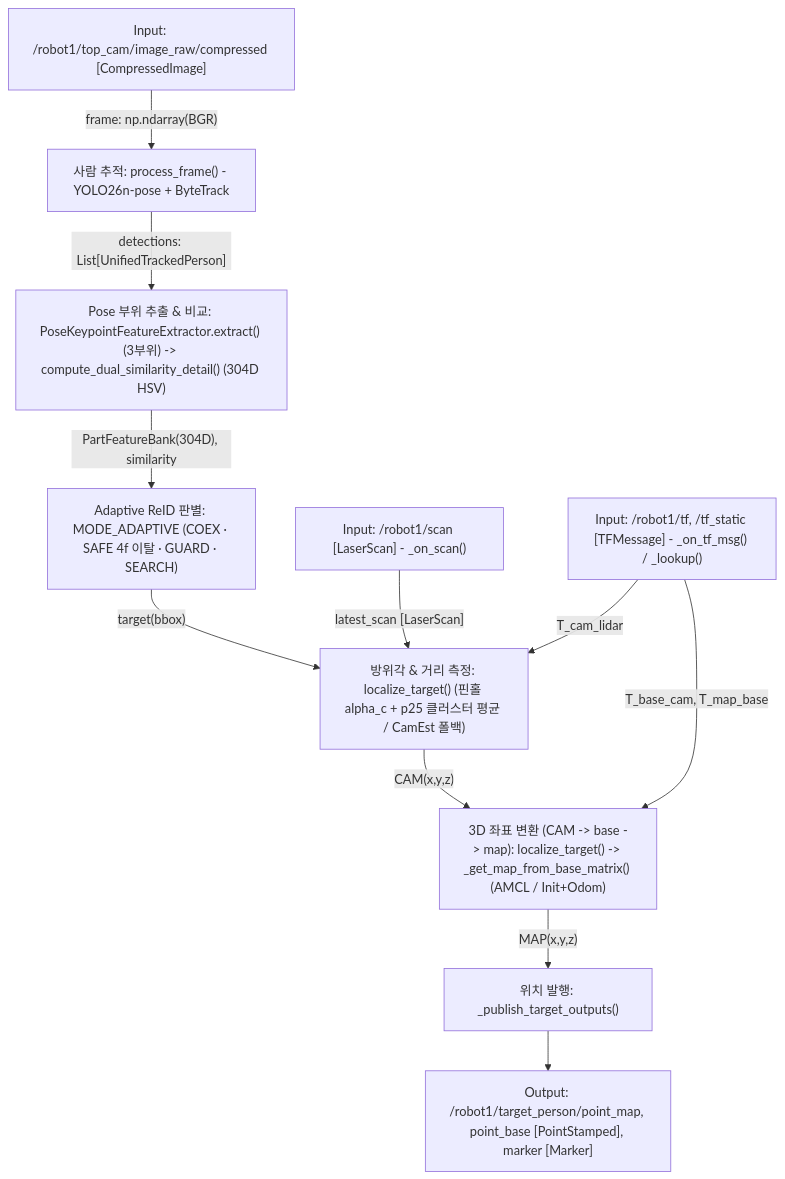
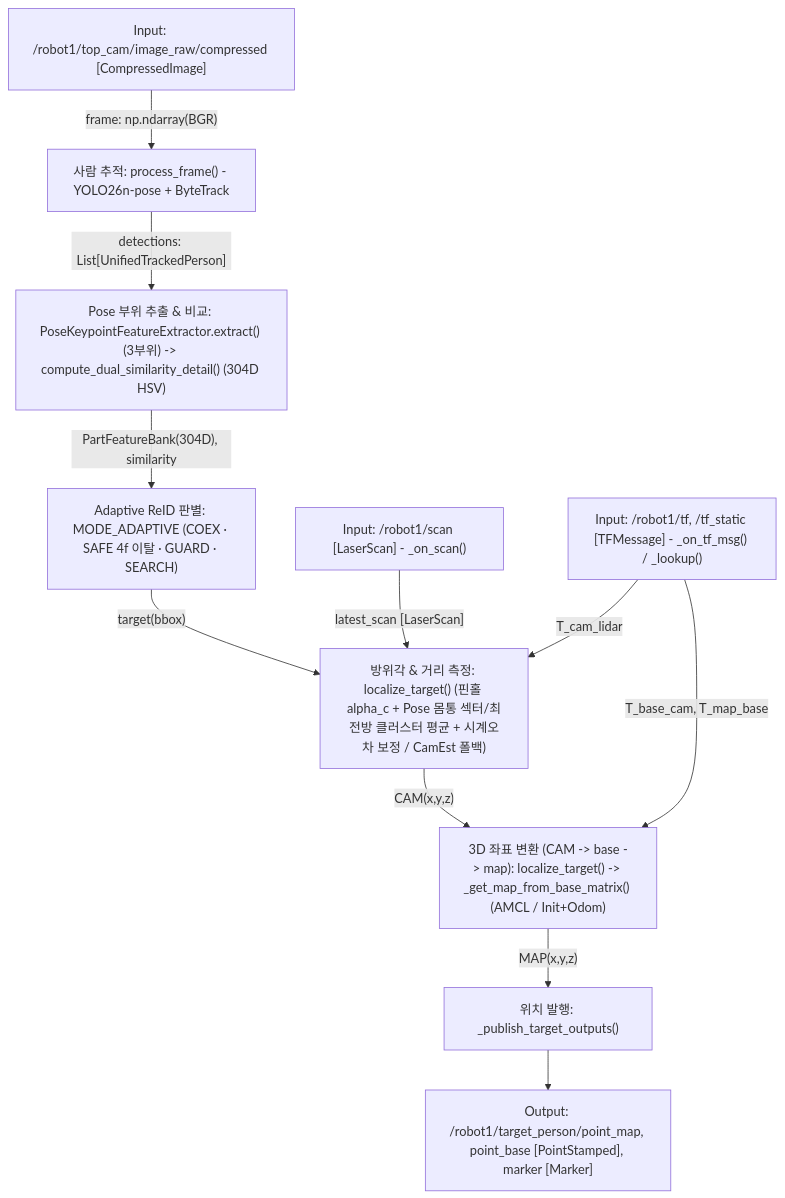
The third of 3 diagrams in src/person_tracker/person_tracker/README.md (ROKEY-10-Arti/arti), drawn with Mermaid before and after one commit. The commit also changed other lines of this file and 3 other files, not shown here.

````diff
--- a/src/person_tracker/person_tracker/README.md
+++ b/src/person_tracker/person_tracker/README.md
@@ -90,24 +90,24 @@
 ```mermaid
 flowchart TD
     IN["Input: /robot1/top_cam/image_raw/compressed [CompressedImage]"]
     TRK["사람 추적: process_frame() - YOLO26n-pose + ByteTrack"]
     EXT["Pose 부위 추출 & 비교: PoseKeypointFeatureExtractor.extract() (3부위) -> compute_dual_similarity_detail() (304D HSV)"]
     REID["Adaptive ReID 판별: MODE_ADAPTIVE (COEX · SAFE 4f 이탈 · GUARD · SEARCH)"]
     SCAN["Input: /robot1/scan [LaserScan] - _on_scan()"]
     TF["Input: /robot1/tf, /tf_static [TFMessage] - _on_tf_msg() / _lookup()"]
-    DIST["방위각 & 거리 측정: localize_target() (핀홀 alpha_c + p25 클러스터 평균 / CamEst 폴백)"]
+    DIST["방위각 & 거리 측정: localize_target() (핀홀 alpha_c + Pose 몸통 섹터/최전방 클러스터 평균 + 시계오차 보정 / CamEst 폴백)"]
     COORD["3D 좌표 변환 (CAM -> base -> map): localize_target() -> _get_map_from_base_matrix() (AMCL / Init+Odom)"]
     PUB["위치 발행: _publish_target_outputs()"]
     OUT["Output: /robot1/target_person/point_map, point_base [PointStamped], marker [Marker]"]
 
     IN -->|"frame: np.ndarray(BGR)"| TRK
     TRK -->|"detections: List[UnifiedTrackedPerson]"| EXT
     EXT -->|"PartFeatureBank(304D), similarity"| REID
     REID -->|"target(bbox)"| DIST
     SCAN -->|"latest_scan [LaserScan]"| DIST
     TF -->|"T_cam_lidar"| DIST
     DIST -->|"CAM(x,y,z)"| COORD
     TF -->|"T_base_cam, T_map_base"| COORD
     COORD -->|"MAP(x,y,z)"| PUB
     PUB --> OUT
 ```
````
